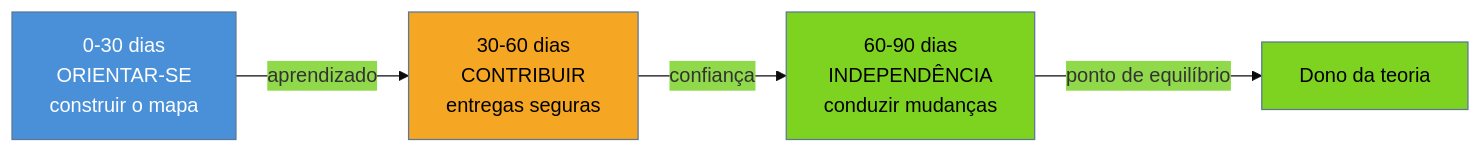
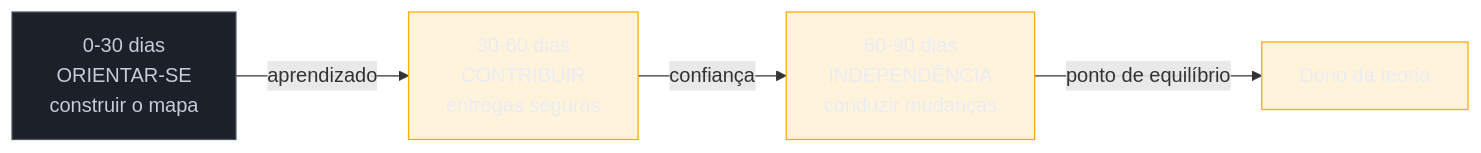
The diagram in 03-Dominios/Engenharia/Arqueologia e Restauração de Software/04 - Os primeiros 30-60-90 dias.md (josenaldo/codex-technomanticus), drawn with Mermaid before and after one commit. The commit also changed 1181 other files, not shown here.

First line of the commit message:
fix(diagramas): paleta do sistema no lugar de cor cravada no markdown

````diff
--- a/03-Dominios/Engenharia/Arqueologia e Restauração de Software/04 - Os primeiros 30-60-90 dias.md
+++ b/03-Dominios/Engenharia/Arqueologia e Restauração de Software/04 - Os primeiros 30-60-90 dias.md
@@ -45,11 +45,12 @@
 ```mermaid
-%%{init: {"theme": "base", "themeVariables": {"primaryColor": "#4A90D9"}}}%%
 graph LR
+    classDef neutro fill:#1B2029,stroke:#4E5666,color:#C6CCD8
+    classDef destaque fill:#FFAA0024,stroke:#FFAA00,color:#E9ECF2
     A["0-30 dias<br/>ORIENTAR-SE<br/>construir o mapa"] -->|"aprendizado"| B["30-60 dias<br/>CONTRIBUIR<br/>entregas seguras"]
     B -->|"confiança"| C["60-90 dias<br/>INDEPENDÊNCIA<br/>conduzir mudanças"]
     C -->|"ponto de equilíbrio"| D["Dono da teoria"]
-    style A fill:#4A90D9,color:#fff
-    style B fill:#F5A623,color:#000
-    style C fill:#7ED321,color:#000
-    style D fill:#7ED321,color:#000
+    class A neutro
+    class B destaque
+    class C destaque
+    class D destaque
 ```
````
